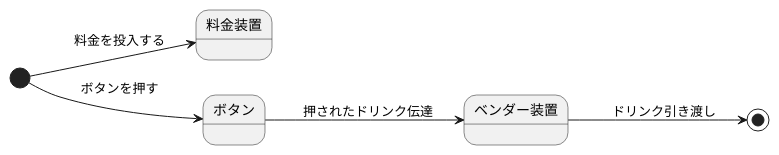
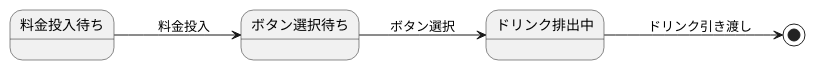
Before and after one commit to itouayumu/uml-introduction-: the diagram in 演習6-4-5_ステートマシン図_自動販売機.pu, drawn with PlantUML.

Commit message:
修正

```diff
--- a/演習6-4-5_ステートマシン図_自動販売機.pu
+++ b/演習6-4-5_ステートマシン図_自動販売機.pu
@@ -1,8 +1,8 @@
 @startuml 
 left to right direction
 
-[*] --> 料金装置:　料金を投入する
-[*] --> ボタン:　ボタンを押す
-ボタン-->ベンダー装置: 押されたドリンク伝達
-ベンダー装置--> [*] :　ドリンク引き渡し
+
+料金投入待ち --> ボタン選択待ち:　料金投入
+ボタン選択待ち-->ドリンク排出中: ボタン選択
+ドリンク排出中--> [*] :　ドリンク引き渡し
 @enduml
```
